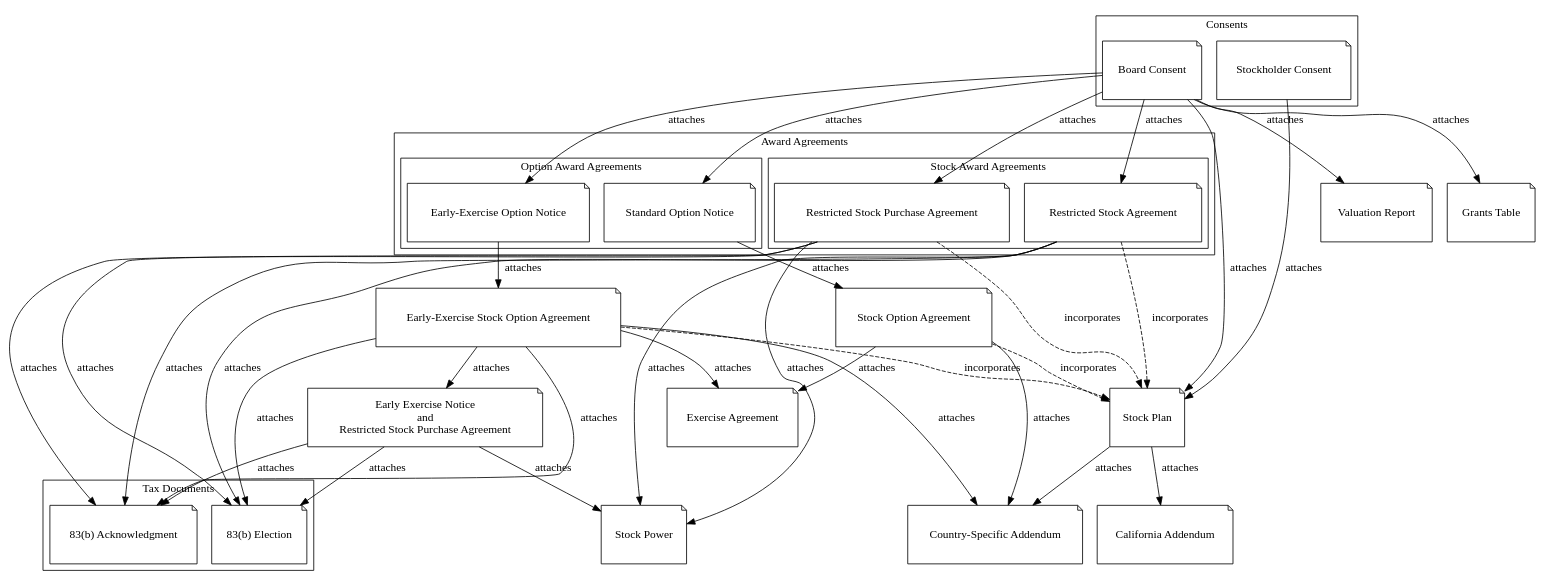
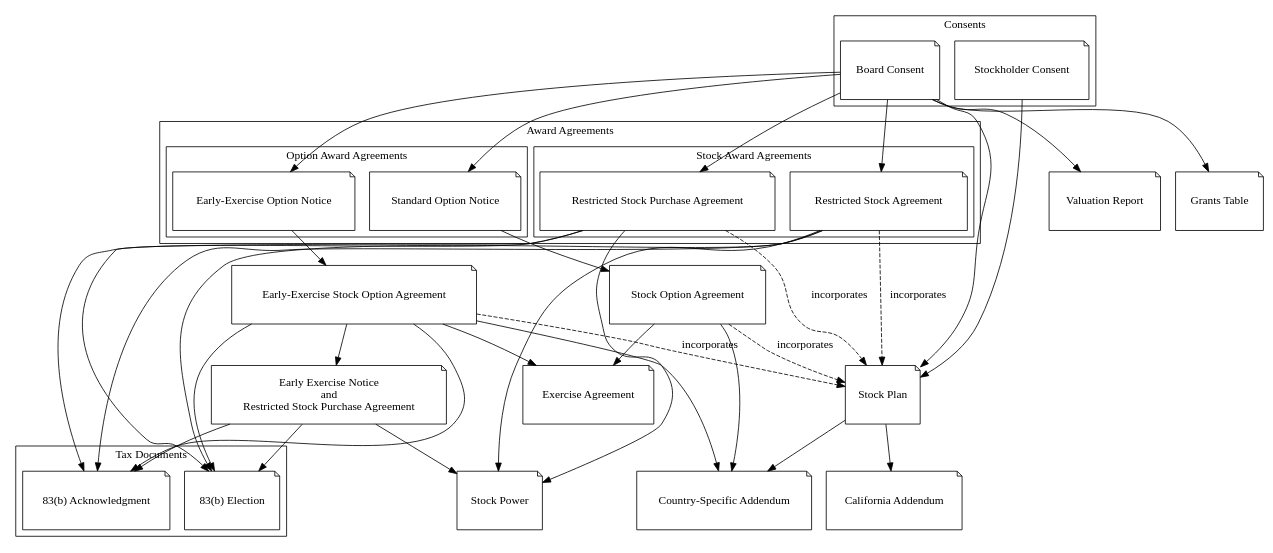
One commit to kemitchell/stock-plan-graph changed the diagram in stock-plan.dot. Above: the diagram before and after it, drawn with Graphviz.

Commit message:
Remove "attached" edge labels

```diff
--- a/stock-plan.dot
+++ b/stock-plan.dot
@@ -1,80 +1,80 @@
 digraph stockplan {
 
   node[shape=note, width=1, height=1];
 
   subgraph cluster_consents {
     label="Consents";
     graph[style=solid];
     "Board Consent";
     "Stockholder Consent";
   }
 
   subgraph cluster_awards {
     label="Award Agreements";
     graph[style=solid];
 
     subgraph cluster_options {
       label="Option Award Agreements";
       graph[style=solid];
       "Early-Exercise Option Notice";
       "Standard Option Notice";
     }
 
     subgraph cluster_stock {
       label="Stock Award Agreements";
       graph[style=solid];
       "Restricted Stock Purchase Agreement";
       "Restricted Stock Agreement";
     }
   }
 
   subgraph cluster_83b {
     label="Tax Documents";
     "83(b) Acknowledgment";
     "83(b) Election";
   }
 
-  "Board Consent" -> "Stock Plan" [label=attaches];
-  "Board Consent" -> "Standard Option Notice" [label=attaches];
-  "Board Consent" -> "Early-Exercise Option Notice" [label=attaches];
-  "Board Consent" -> "Restricted Stock Purchase Agreement" [label=attaches];
-  "Board Consent" -> "Restricted Stock Agreement" [label=attaches];
-  "Board Consent" -> "Valuation Report" [label=attaches];
-  "Board Consent" -> "Grants Table" [label=attaches];
+  "Board Consent" -> "Stock Plan";
+  "Board Consent" -> "Standard Option Notice";
+  "Board Consent" -> "Early-Exercise Option Notice";
+  "Board Consent" -> "Restricted Stock Purchase Agreement";
+  "Board Consent" -> "Restricted Stock Agreement";
+  "Board Consent" -> "Valuation Report";
+  "Board Consent" -> "Grants Table";
 
-  "Stockholder Consent" -> "Stock Plan" [label=attaches];
+  "Stockholder Consent" -> "Stock Plan";
 
-  "Stock Plan" -> "California Addendum" [label=attaches];
-  "Stock Plan" -> "Country-Specific Addendum" [label=attaches];
+  "Stock Plan" -> "California Addendum";
+  "Stock Plan" -> "Country-Specific Addendum";
 
-  "Standard Option Notice" -> "Stock Option Agreement" [label=attaches];
-  "Stock Option Agreement" -> "Exercise Agreement" [label=attaches];
-  "Stock Option Agreement" -> "Country-Specific Addendum" [label=attaches];
+  "Standard Option Notice" -> "Stock Option Agreement";
+  "Stock Option Agreement" -> "Exercise Agreement";
+  "Stock Option Agreement" -> "Country-Specific Addendum";
 
   "Stock Option Agreement" -> "Stock Plan" [label=incorporates, style=dashed];
 
   EENRSPA[label="Early Exercise Notice\nand\nRestricted Stock Purchase Agreement"];
 
-  "Early-Exercise Option Notice" -> "Early-Exercise Stock Option Agreement" [label=attaches];
-  "Early-Exercise Stock Option Agreement" -> EENRSPA [label=attaches];
-  "Early-Exercise Stock Option Agreement" -> "Exercise Agreement" [label=attaches];
-  "Early-Exercise Stock Option Agreement" -> "Country-Specific Addendum" [label=attaches];
-  "Early-Exercise Stock Option Agreement" -> "83(b) Acknowledgment" [label=attaches];
-  "Early-Exercise Stock Option Agreement" -> "83(b) Election" [label=attaches];
+  "Early-Exercise Option Notice" -> "Early-Exercise Stock Option Agreement";
+  "Early-Exercise Stock Option Agreement" -> EENRSPA;
+  "Early-Exercise Stock Option Agreement" -> "Exercise Agreement";
+  "Early-Exercise Stock Option Agreement" -> "Country-Specific Addendum";
+  "Early-Exercise Stock Option Agreement" -> "83(b) Acknowledgment";
+  "Early-Exercise Stock Option Agreement" -> "83(b) Election";
 
-  EENRSPA -> "Stock Power" [label=attaches];
-  EENRSPA -> "83(b) Acknowledgment" [label=attaches];
-  EENRSPA -> "83(b) Election" [label=attaches];
+  EENRSPA -> "Stock Power";
+  EENRSPA -> "83(b) Acknowledgment";
+  EENRSPA -> "83(b) Election";
 
   "Early-Exercise Stock Option Agreement" -> "Stock Plan" [label=incorporates, style=dashed];
 
-  "Restricted Stock Agreement" -> "Stock Power" [label=attaches];
-  "Restricted Stock Agreement" -> "83(b) Acknowledgment" [label=attaches];
-  "Restricted Stock Agreement" -> "83(b) Election" [label=attaches];
+  "Restricted Stock Agreement" -> "Stock Power";
+  "Restricted Stock Agreement" -> "83(b) Acknowledgment";
+  "Restricted Stock Agreement" -> "83(b) Election";
   "Restricted Stock Agreement" -> "Stock Plan" [label=incorporates, style=dashed];
 
-  "Restricted Stock Purchase Agreement" -> "Stock Power" [label=attaches];
-  "Restricted Stock Purchase Agreement" -> "83(b) Acknowledgment" [label=attaches];
-  "Restricted Stock Purchase Agreement" -> "83(b) Election" [label=attaches];
+  "Restricted Stock Purchase Agreement" -> "Stock Power";
+  "Restricted Stock Purchase Agreement" -> "83(b) Acknowledgment";
+  "Restricted Stock Purchase Agreement" -> "83(b) Election";
   "Restricted Stock Purchase Agreement" -> "Stock Plan" [label=incorporates, style=dashed];
 }
```
